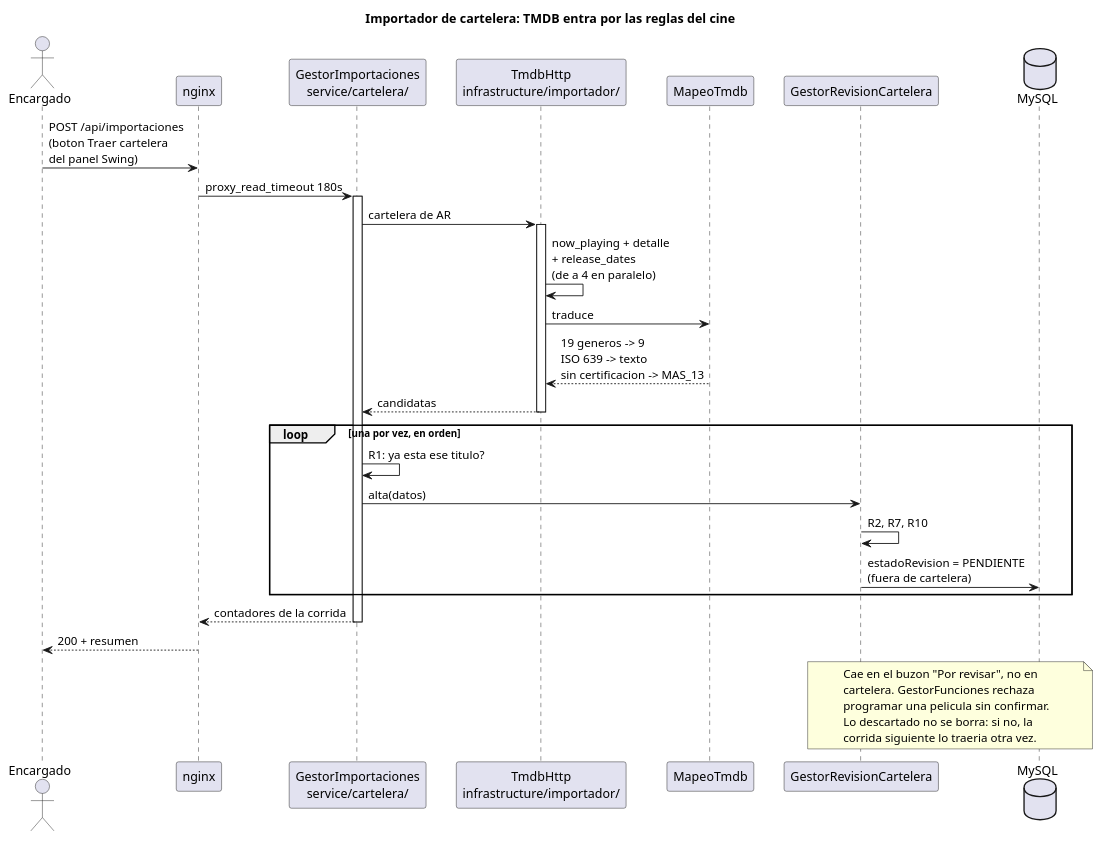
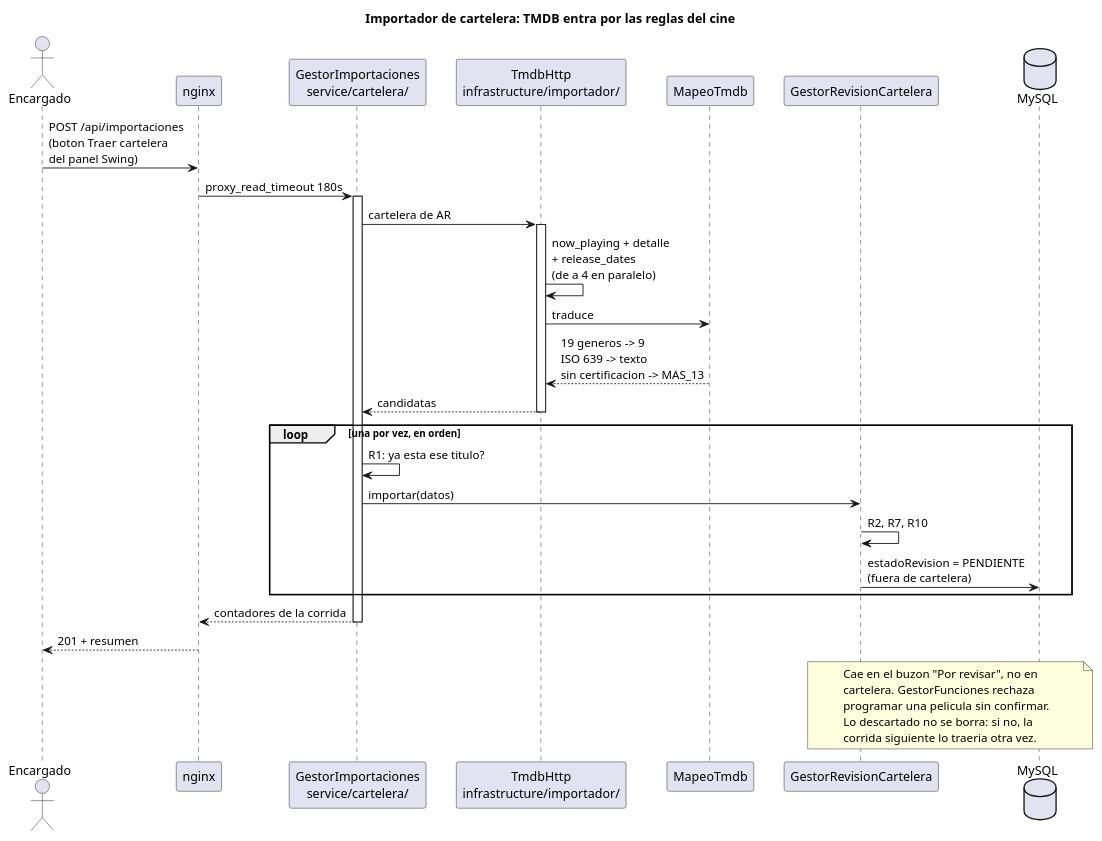
One commit to andreiveisuade/cine-uade changed the diagram in _other/docs/diagramas/importador-flujo.puml. Above: the diagram before and after it, drawn with PlantUML. The commit also changed 19 other files, not shown here.

First line of the commit message:
docs(diagramas): clases, capas y secuencias al dia con el codigo

```diff
--- a/_other/docs/diagramas/importador-flujo.puml
+++ b/_other/docs/diagramas/importador-flujo.puml
@@ -1,47 +1,47 @@
 @startuml importador-flujo
 title Importador de cartelera: TMDB entra por las reglas del cine
 
 skinparam sequenceMessageAlign left
 skinparam maxMessageSize 200
 skinparam ParticipantPadding 12
 
 actor "Encargado" as E
 participant "nginx" as NG
 participant "GestorImportaciones\nservice/cartelera/" as GI
 participant "TmdbHttp\ninfrastructure/importador/" as TM
 participant "MapeoTmdb" as MAP
 participant "GestorRevisionCartelera" as GR
 database MySQL as DB
 
 E -> NG : POST /api/importaciones\n(boton Traer cartelera\ndel panel Swing)
 NG -> GI : proxy_read_timeout 180s
 activate GI
 
 GI -> TM : cartelera de AR
 activate TM
 TM -> TM : now_playing + detalle\n+ release_dates\n(de a 4 en paralelo)
 TM -> MAP : traduce
 MAP --> TM : 19 generos -> 9\nISO 639 -> texto\nsin certificacion -> MAS_13
 TM --> GI : candidatas
 deactivate TM
 
 loop una por vez, en orden
   GI -> GI : R1: ya esta ese titulo?
-  GI -> GR : alta(datos)
+  GI -> GR : importar(datos)
   GR -> GR : R2, R7, R10
   GR -> DB : estadoRevision = PENDIENTE\n(fuera de cartelera)
 end
 
 GI --> NG : contadores de la corrida
 deactivate GI
-NG --> E : 200 + resumen
+NG --> E : 201 + resumen
 
 note over GR, DB
   Cae en el buzon "Por revisar", no en
   cartelera. GestorFunciones rechaza
   programar una pelicula sin confirmar.
   Lo descartado no se borra: si no, la
   corrida siguiente lo traeria otra vez.
 end note
 
 @enduml
```
